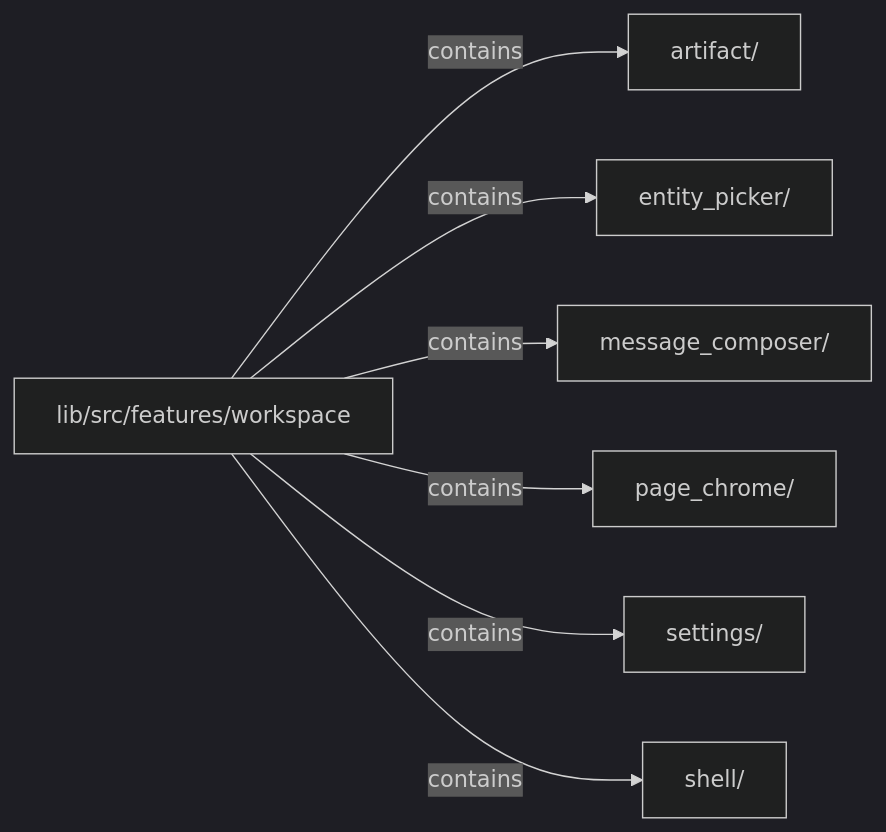
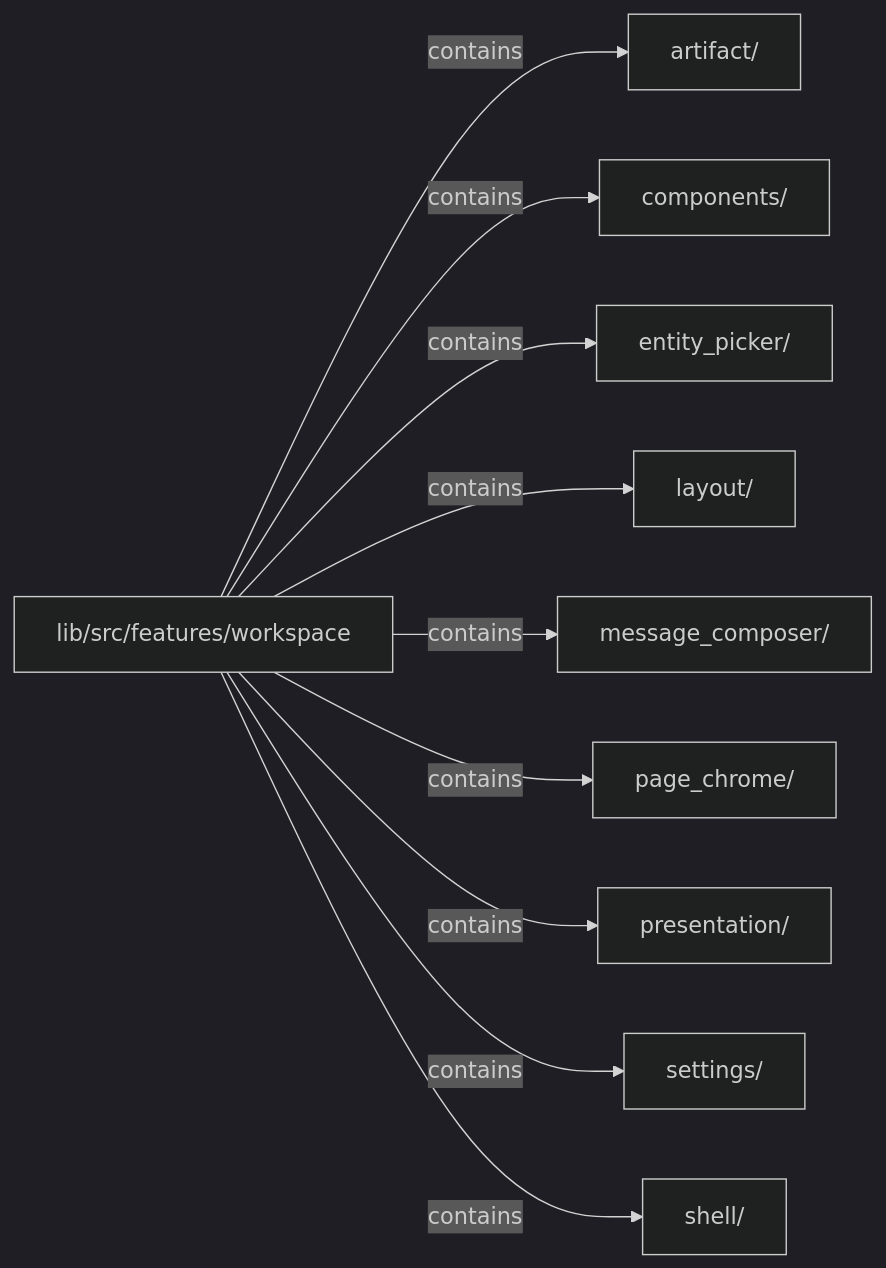
Before and after one commit to MiuDog/Kallopis: the diagram in docs/architecture/src/features/workspace/README.md, drawn with Mermaid (dark theme). The commit also changed other lines of this file and 9688 other files, not shown here.

Commit message:
Prepare isolated Flow F2 peer baseline

````diff
--- a/docs/architecture/src/features/workspace/README.md
+++ b/docs/architecture/src/features/workspace/README.md
@@ -21,16 +21,22 @@
 ```mermaid
 flowchart LR
 	n0["lib/src/features/workspace"]
 	n1["artifact/"]
-	n2["entity_picker/"]
-	n3["message_composer/"]
-	n4["page_chrome/"]
-	n5["settings/"]
-	n6["shell/"]
+	n2["components/"]
+	n3["entity_picker/"]
+	n4["layout/"]
+	n5["message_composer/"]
+	n6["page_chrome/"]
+	n7["presentation/"]
+	n8["settings/"]
+	n9["shell/"]
 	n0 -->|"contains"| n1
 	n0 -->|"contains"| n2
 	n0 -->|"contains"| n3
 	n0 -->|"contains"| n4
 	n0 -->|"contains"| n5
 	n0 -->|"contains"| n6
+	n0 -->|"contains"| n7
+	n0 -->|"contains"| n8
+	n0 -->|"contains"| n9
 ```
````
